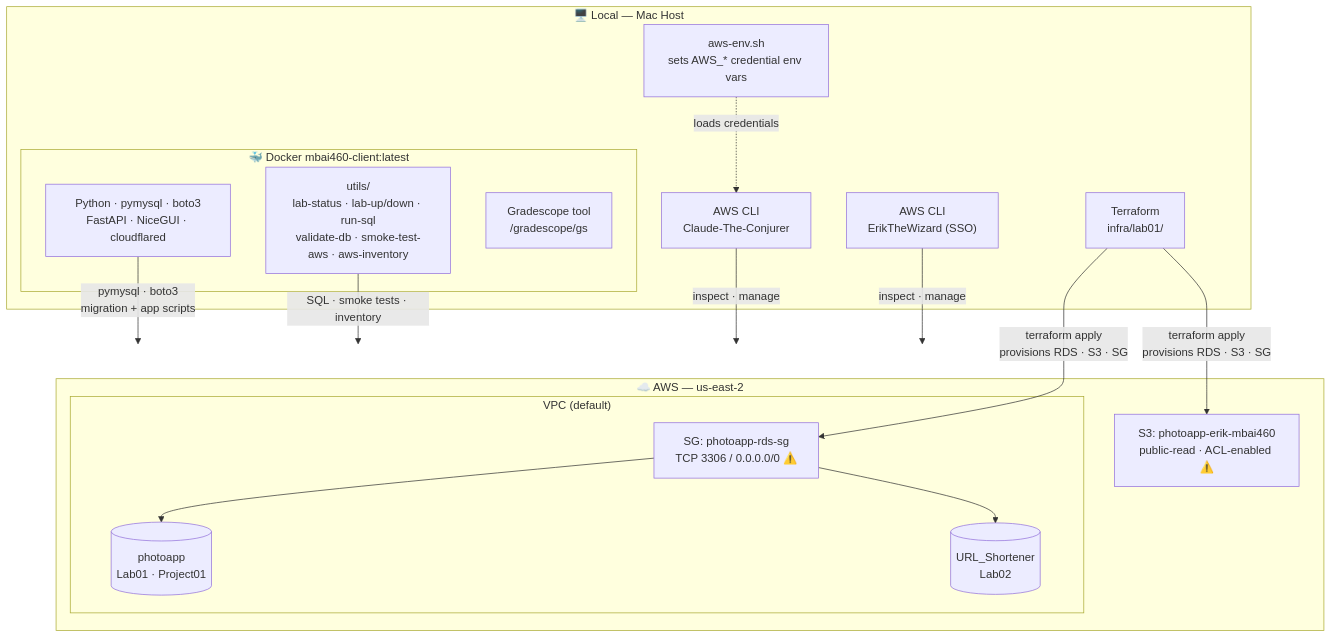
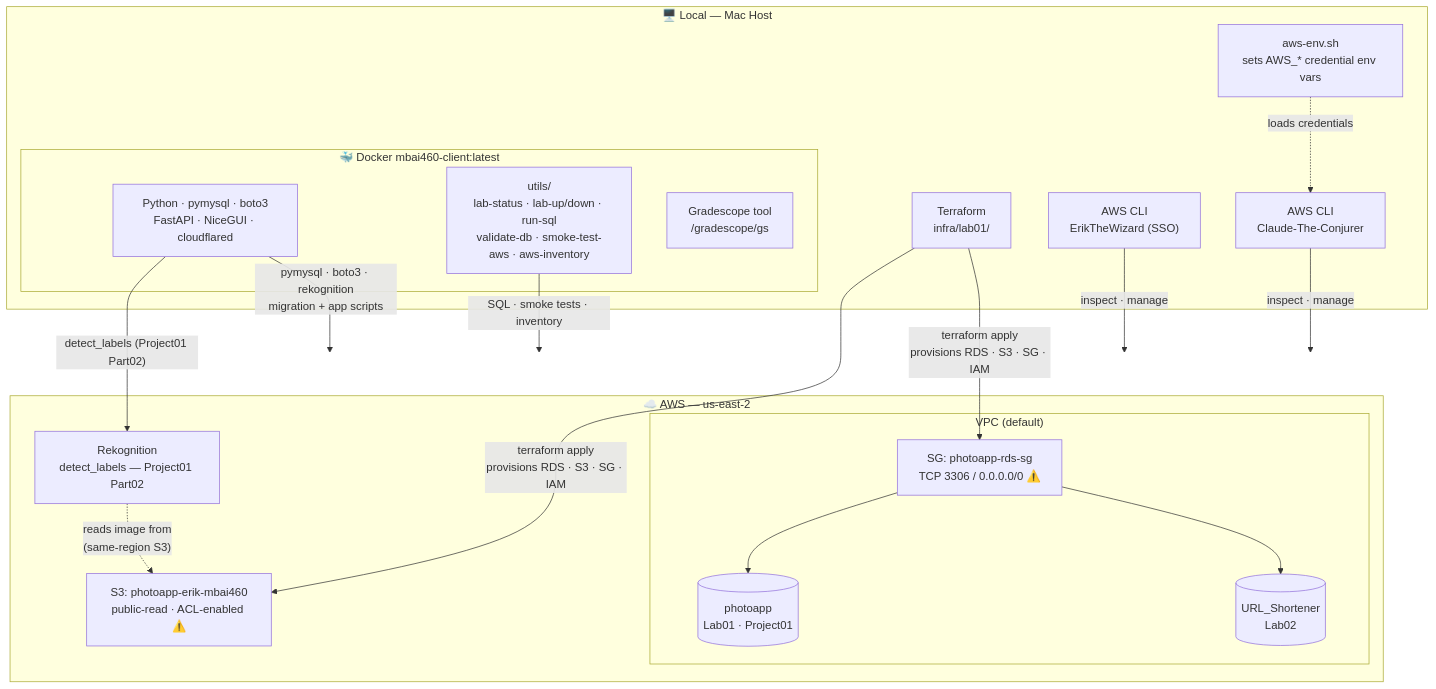
Before and after one commit to ebber/MBAi460-Group1: the diagram in visualizations/lab-architecture-v2.md, drawn with Mermaid. The commit also changed other lines of this file and 12 other files, not shown here.

````diff
--- a/visualizations/lab-architecture-v2.md
+++ b/visualizations/lab-architecture-v2.md
@@ -12,33 +13,36 @@
 ```mermaid
 flowchart TB
 
     subgraph local["🖥️  Local — Mac Host"]
         tf["Terraform\ninfra/lab01/"]
         awsenv["aws-env.sh\nsets AWS_* credential env vars"]
         cli_e["AWS CLI\nErikTheWizard (SSO)"]
         cli_a["AWS CLI\nClaude-The-Conjurer"]
 
         subgraph docker["🐳  Docker  mbai460-client:latest"]
             runtime["Python · pymysql · boto3\nFastAPI · NiceGUI · cloudflared"]
             utils["utils/\nlab-status · lab-up/down · run-sql\nvalidate-db · smoke-test-aws · aws-inventory"]
             gs["Gradescope tool\n/gradescope/gs"]
         end
     end
 
     subgraph aws["☁️  AWS — us-east-2"]
         bucket["S3: photoapp-erik-mbai460\npublic-read · ACL-enabled ⚠️"]
+        rekog["Rekognition\ndetect_labels — Project01 Part02"]
 
         subgraph vpc["VPC (default)"]
             sg["SG: photoapp-rds-sg\nTCP 3306 / 0.0.0.0/0 ⚠️"]
             db_pa[("photoapp\nLab01 · Project01")]
             db_sh[("URL_Shortener\nLab02")]
         end
     end
 
-    tf -- "terraform apply\nprovisions RDS · S3 · SG" --> bucket & sg
+    tf -- "terraform apply\nprovisions RDS · S3 · SG · IAM" --> bucket & sg
+    rekog -. "reads image from\n(same-region S3)" .-> bucket
     awsenv -. "loads credentials" .-> cli_a
     cli_e & cli_a -- "inspect · manage" --> aws
     sg --> db_pa & db_sh
     utils -- "SQL · smoke tests · inventory" --> aws
-    runtime -- "pymysql · boto3\nmigration + app scripts" --> aws
+    runtime -- "pymysql · boto3 · rekognition\nmigration + app scripts" --> aws
+    runtime -- "detect_labels (Project01 Part02)" --> rekog
 ```
````
